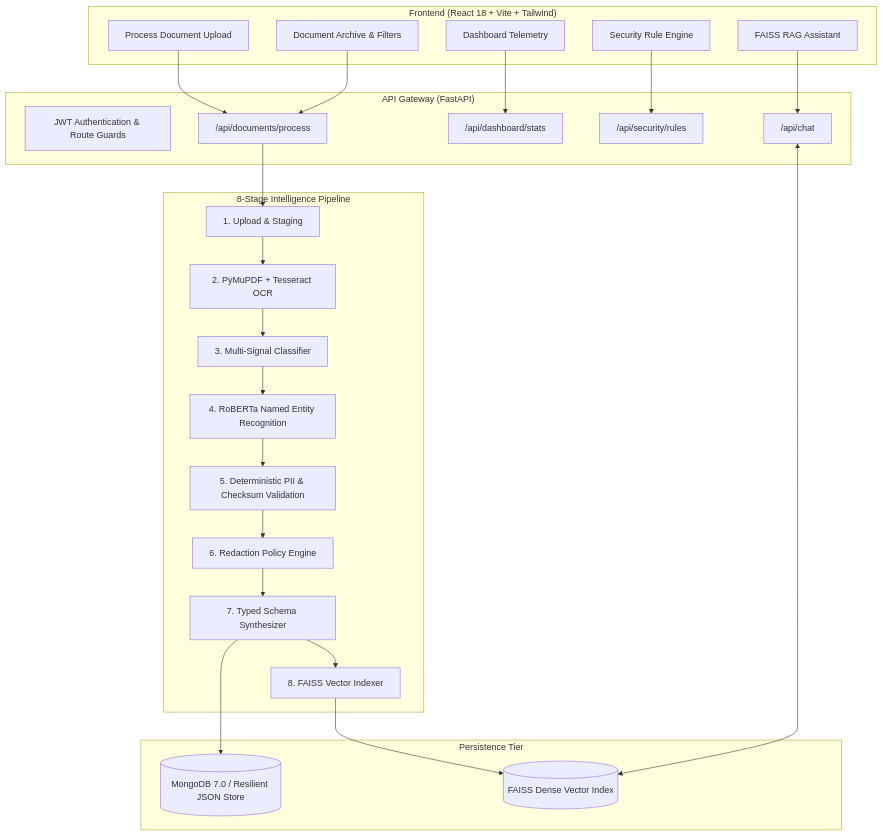
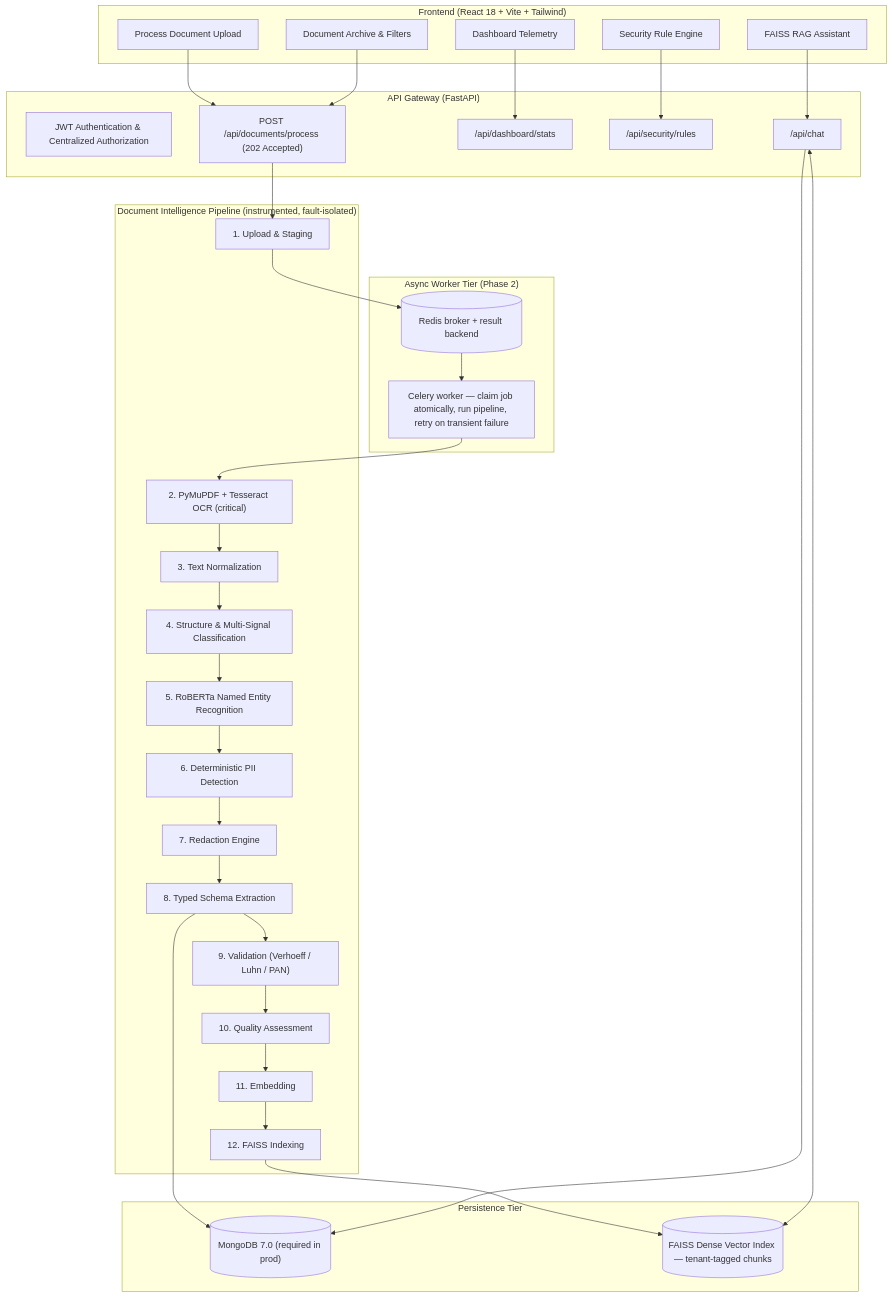
The diagram in README.md (HariM917/DocIntel-AI), drawn with Mermaid before and after one commit. The commit also changed other lines of this file and 20 other files, not shown here.

````diff
--- a/README.md
+++ b/README.md
@@ -47,45 +48,56 @@
 ```mermaid
 flowchart TD
     subgraph Client["Frontend (React 18 + Vite + Tailwind)"]
         UI1["Process Document Upload"]
         UI2["Dashboard Telemetry"]
         UI3["Document Archive & Filters"]
         UI4["Security Rule Engine"]
         UI5["FAISS RAG Assistant"]
     end
 
     subgraph Gateway["API Gateway (FastAPI)"]
-        AUTH["JWT Authentication & Route Guards"]
-        EP1["/api/documents/process"]
+        AUTH["JWT Authentication & Centralized Authorization"]
+        EP1["POST /api/documents/process (202 Accepted)"]
         EP2["/api/dashboard/stats"]
         EP3["/api/security/rules"]
         EP4["/api/chat"]
     end
 
-    subgraph Pipeline["8-Stage Intelligence Pipeline"]
+    subgraph Queue["Async Worker Tier (Phase 2)"]
+        BROKER[("Redis broker + result backend")]
+        WORKER["Celery worker — claim job atomically, run pipeline, retry on transient failure"]
+    end
+
+    subgraph Pipeline["Document Intelligence Pipeline (instrumented, fault-isolated)"]
         S1["1. Upload & Staging"]
-        S2["2. PyMuPDF + Tesseract OCR"]
-        S3["3. Multi-Signal Classifier"]
-        S4["4. RoBERTa Named Entity Recognition"]
-        S5["5. Deterministic PII & Checksum Validation"]
-        S6["6. Redaction Policy Engine"]
-        S7["7. Typed Schema Synthesizer"]
-        S8["8. FAISS Vector Indexer"]
+        S2["2. PyMuPDF + Tesseract OCR (critical)"]
+        S3["3. Text Normalization"]
+        S4["4. Structure & Multi-Signal Classification"]
+        S5["5. RoBERTa Named Entity Recognition"]
+        S6["6. Deterministic PII Detection"]
+        S7["7. Redaction Engine"]
+        S8["8. Typed Schema Extraction"]
+        S9["9. Validation (Verhoeff / Luhn / PAN)"]
+        S10["10. Quality Assessment"]
+        S11["11. Embedding"]
+        S12["12. FAISS Indexing"]
     end
 
     subgraph Storage["Persistence Tier"]
-        DB[("MongoDB 7.0 / Resilient JSON Store")]
-        VEC[("FAISS Dense Vector Index")]
+        DB[("MongoDB 7.0 (required in prod)")]
+        VEC[("FAISS Dense Vector Index — tenant-tagged chunks")]
     end
 
     UI1 --> EP1
     UI2 --> EP2
     UI3 --> EP1
     UI4 --> EP3
     UI5 --> EP4
 
-    EP1 --> S1 --> S2 --> S3 --> S4 --> S5 --> S6 --> S7 --> S8
-    S7 --> DB
-    S8 --> VEC
+    EP1 --> S1 --> BROKER --> WORKER
+    WORKER --> S2 --> S3 --> S4 --> S5 --> S6 --> S7 --> S8 --> S9 --> S10 --> S11 --> S12
+    S8 --> DB
+    S12 --> VEC
     EP4 <--> VEC
+    EP4 --> DB
 ```
````
